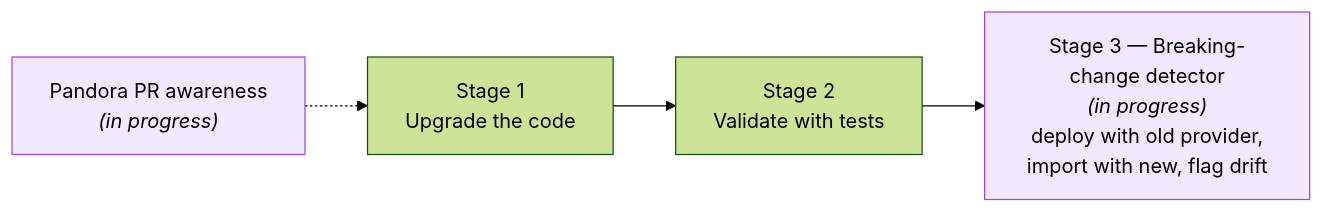
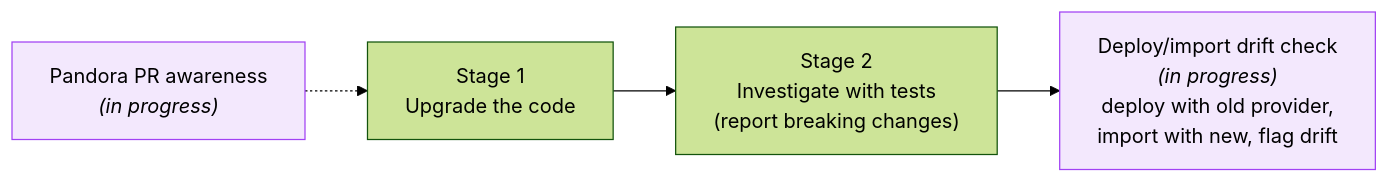
Before and after one commit to QixiaLu/azurerm-rp-sdk-upgrader: the second of 2 diagrams in OVERVIEW.md, drawn with Mermaid (forest theme). The commit also changed other lines of this file and 17 other files, not shown here.

````diff
--- a/OVERVIEW.md
+++ b/OVERVIEW.md
@@ -70,10 +82,10 @@
 ```mermaid
 flowchart LR
-    S1["Stage 1<br/>Upgrade the code"] --> S2["Stage 2<br/>Validate with tests"]
-    S2 --> BC["Stage 3 — Breaking-change detector<br/><i>(in progress)</i><br/>deploy with old provider,<br/>import with new, flag drift"]
+    S1["Stage 1<br/>Upgrade the code"] --> S2["Stage 2<br/>Investigate with tests<br/>(report breaking changes)"]
+    S2 --> BC["Deploy/import drift check<br/><i>(in progress)</i><br/>deploy with old provider,<br/>import with new, flag drift"]
 
     P["Pandora PR awareness<br/><i>(in progress)</i>"] -.-> S1
 
     style BC fill:#f3e8fd,stroke:#a142f4
     style P fill:#f3e8fd,stroke:#a142f4
 ```
````
